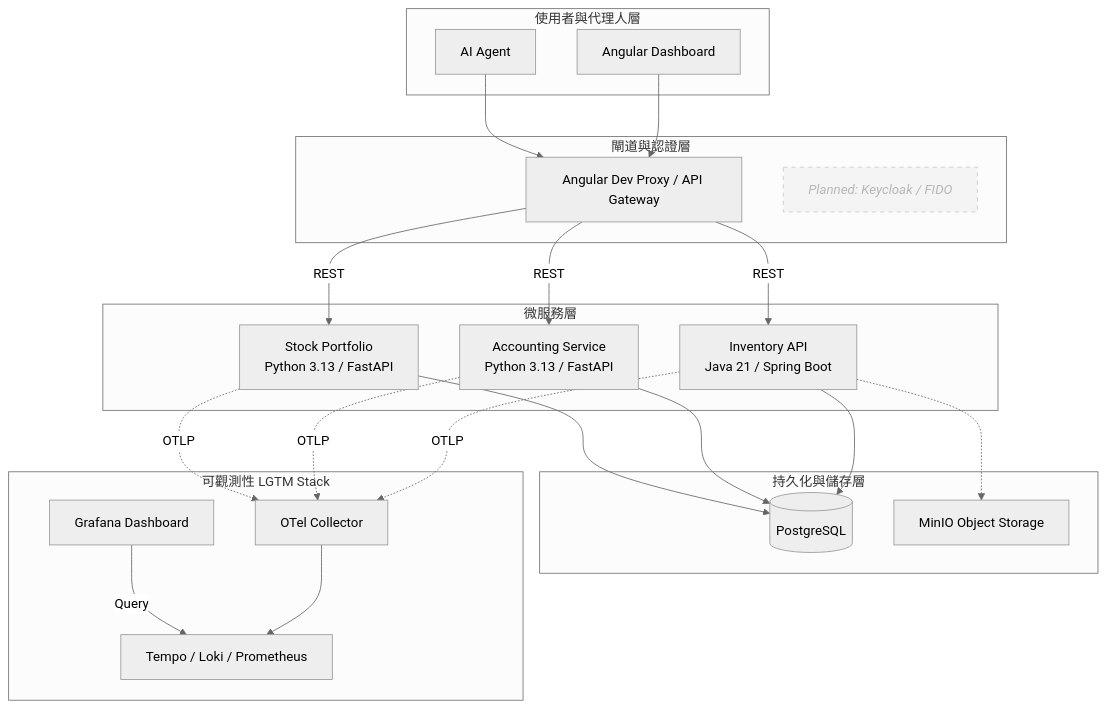
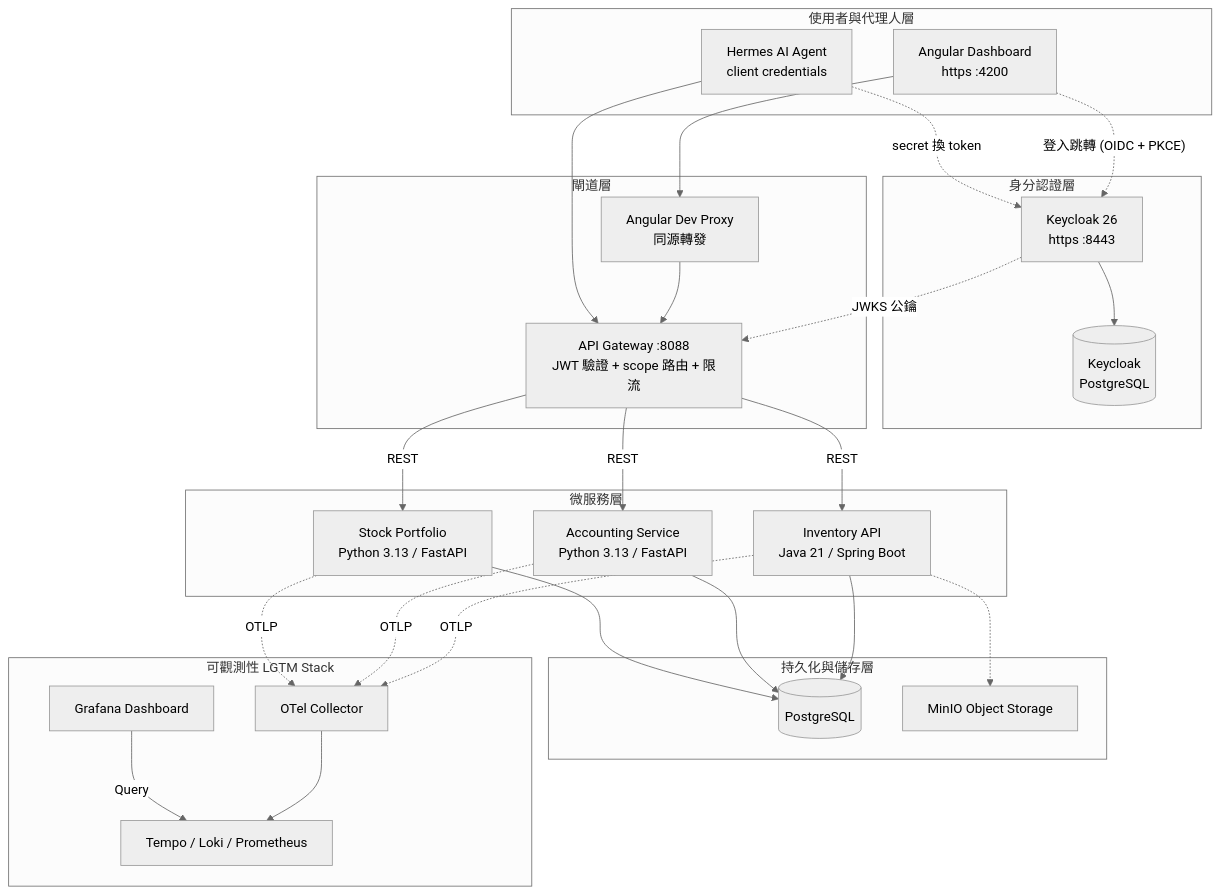
Before and after one commit to chihyishen/home-service-hub: the diagram in README.md, drawn with Mermaid (neutral theme). The commit also changed other lines of this file, not shown here.

Commit message:
docs(readme): update architecture for live Keycloak + gateway auth
Diagram: identity layer and gateway are real now (were 'planned');
adds hermes-agent client-credentials path, token/JWKS flows, HTTPS
frontend entry, and the Keycloak-vs-gateway division of duties.
Roadmap: auth integration and gateway/rate-limiting checked off.

````diff
--- a/README.md
+++ b/README.md
@@ -14,56 +14,66 @@
 ```mermaid
 graph TD
     %% 1. 存取層
     subgraph Access_Layer [使用者與代理人層]
-        UI[Angular Dashboard]
-        Agent[AI Agent]
+        UI[Angular Dashboard<br/>https :4200]
+        Agent[Hermes AI Agent<br/>client credentials]
     end
 
-    %% 2. 閘道與認證 (規劃中)
-    subgraph Gateway_Auth [閘道與認證層]
-        Proxy[Angular Dev Proxy / API Gateway]
-        Keycloak[<i>Planned: Keycloak / FIDO</i>]:::planned
+    %% 2. 身分認證
+    subgraph Identity [身分認證層]
+        Keycloak[Keycloak 26<br/>https :8443]
+        KCDB[(Keycloak<br/>PostgreSQL)]
     end
 
-    %% 3. 服務層
+    %% 3. 閘道
+    subgraph Gateway_Layer [閘道層]
+        Proxy[Angular Dev Proxy<br/>同源轉發]
+        Gateway[API Gateway :8088<br/>JWT 驗證 + scope 路由 + 限流]
+    end
+
+    %% 4. 服務層
     subgraph Service_Layer [微服務層]
         Inventory[Inventory API<br/>Java 21 / Spring Boot]
         Accounting[Accounting Service<br/>Python 3.13 / FastAPI]
         Stock[Stock Portfolio<br/>Python 3.13 / FastAPI]
     end
 
-    %% 4. 資料層
+    %% 5. 資料層
     subgraph Data_Layer [持久化與儲存層]
         Postgres[(PostgreSQL)]
         MinIO[MinIO Object Storage]
     end
 
-    %% 5. 可觀測性層
+    %% 6. 可觀測性層
     subgraph Obs_Layer [可觀測性 LGTM Stack]
         Collector[OTel Collector]
         Grafana[Grafana Dashboard]
         Tempo[Tempo / Loki / Prometheus]
     end
 
-    %% 線條連接
+    %% 認證流
+    UI -.->|"登入跳轉 (OIDC + PKCE)"| Keycloak
+    Agent -.->|"secret 換 token"| Keycloak
+    Keycloak --> KCDB
+    Keycloak -.->|"JWKS 公鑰"| Gateway
+
+    %% 請求流（皆帶 Bearer token）
     UI --> Proxy
-    Agent --> Proxy
-    Proxy -->|REST| Inventory
-    Proxy -->|REST| Accounting
-    Proxy -->|REST| Stock
+    Proxy --> Gateway
+    Agent --> Gateway
+    Gateway -->|REST| Inventory
+    Gateway -->|REST| Accounting
+    Gateway -->|REST| Stock
 
     Inventory --> Postgres
     Accounting --> Postgres
     Stock --> Postgres
     Inventory -.-> MinIO
 
     %% 可觀測性流
     Inventory -.->|OTLP| Collector
     Accounting -.->|OTLP| Collector
     Stock -.->|OTLP| Collector
     Collector --> Tempo
     Grafana -->|Query| Tempo
-
-    %% 樣式
-    classDef planned stroke-dasharray: 5 5, opacity: 0.5
 ```
````
